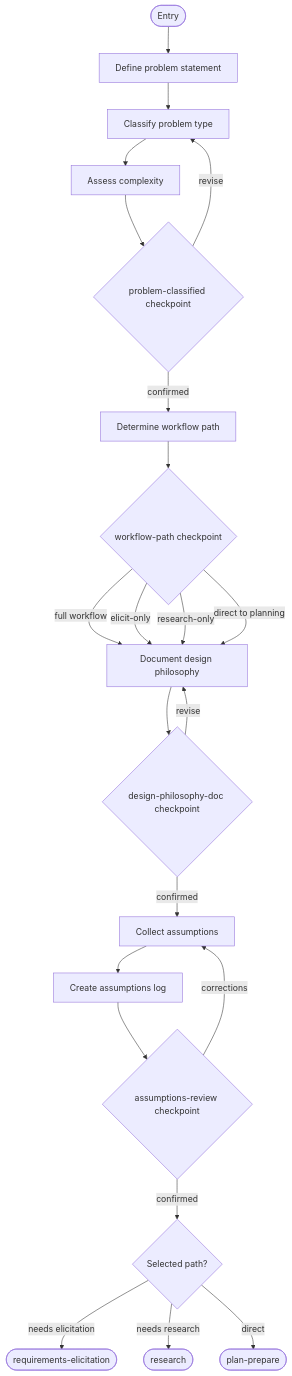
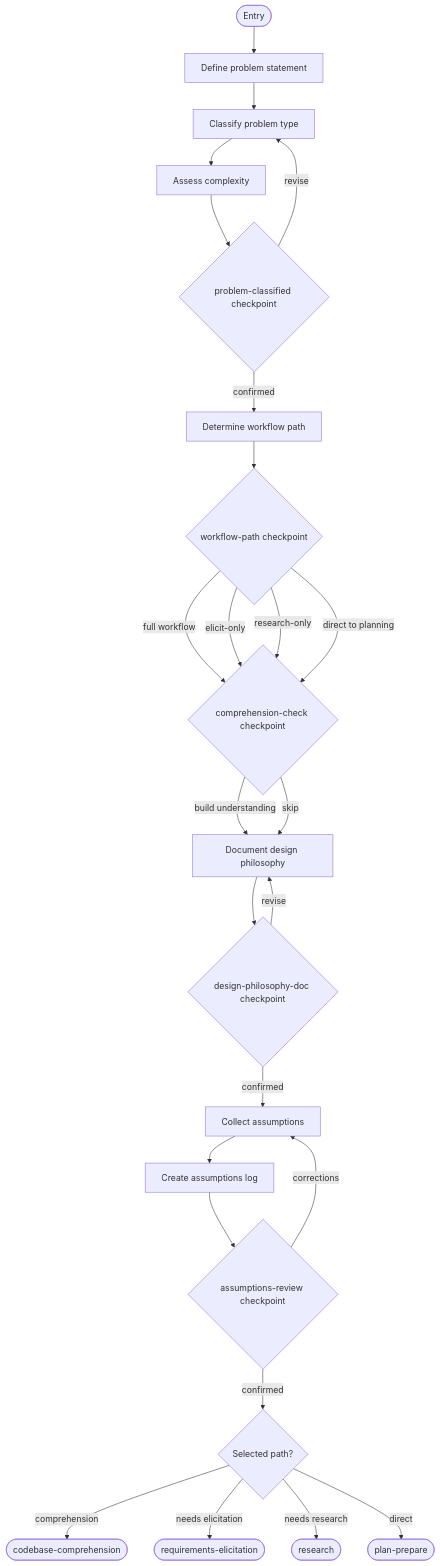
Before and after one commit to m2ux/workflow-server: the second of 14 diagrams in work-package/activities/README.md, drawn with Mermaid. The commit also changed other lines of this file and 3 other files, not shown here.

First line of the commit message:
docs(work-package): update READMEs for codebase-comprehension activity

````diff
--- a/work-package/activities/README.md
+++ b/work-package/activities/README.md
@@ -121,28 +123,33 @@
 ```mermaid
 graph TD
     entryNode(["Entry"]) --> defineProblem["Define problem statement"]
     defineProblem --> classifyProblem["Classify problem type"]
     classifyProblem --> assessComplexity["Assess complexity"]
     assessComplexity --> cpClassified{"problem-classified checkpoint"}
     cpClassified -->|"confirmed"| determinePath["Determine workflow path"]
     cpClassified -->|"revise"| classifyProblem
 
     determinePath --> cpPath{"workflow-path checkpoint"}
-    cpPath -->|"full workflow"| docPhilosophy["Document design philosophy"]
-    cpPath -->|"elicit-only"| docPhilosophy
-    cpPath -->|"research-only"| docPhilosophy
-    cpPath -->|"direct to planning"| docPhilosophy
+    cpPath -->|"full workflow"| cpComprehension
+    cpPath -->|"elicit-only"| cpComprehension
+    cpPath -->|"research-only"| cpComprehension
+    cpPath -->|"direct to planning"| cpComprehension
+
+    cpComprehension{"comprehension-check checkpoint"}
+    cpComprehension -->|"build understanding"| docPhilosophy["Document design philosophy"]
+    cpComprehension -->|"skip"| docPhilosophy
 
     docPhilosophy --> cpDoc{"design-philosophy-doc checkpoint"}
     cpDoc -->|"confirmed"| collectAssumptions["Collect assumptions"]
     cpDoc -->|"revise"| docPhilosophy
 
     collectAssumptions --> createLog["Create assumptions log"]
     createLog --> cpAssumptions{"assumptions-review checkpoint"}
     cpAssumptions -->|"confirmed"| pathBranch{"Selected path?"}
     cpAssumptions -->|"corrections"| collectAssumptions
 
+    pathBranch -->|"comprehension"| exitComprehension(["codebase-comprehension"])
     pathBranch -->|"needs elicitation"| exitElicit(["requirements-elicitation"])
     pathBranch -->|"needs research"| exitResearch(["research"])
     pathBranch -->|"direct"| exitPlan(["plan-prepare"])
 ```
````
